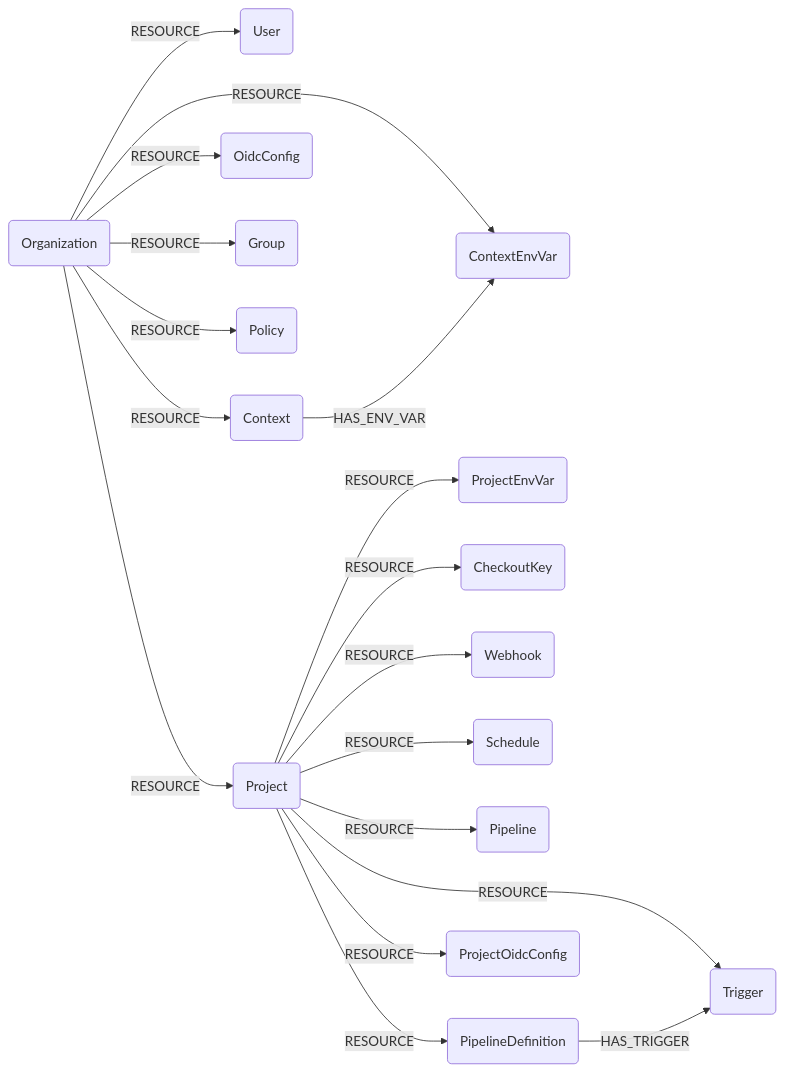
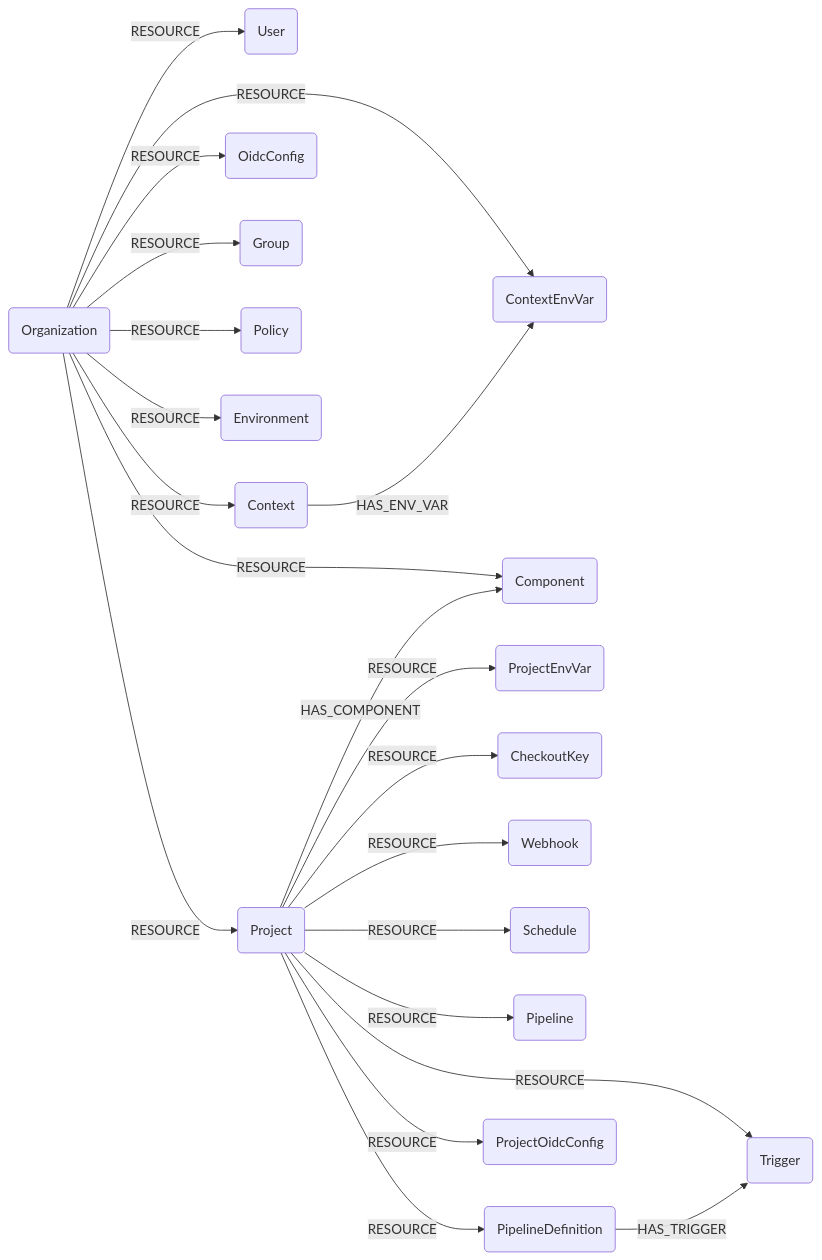
Before and after one commit to cartography-cncf/cartography: the diagram in docs/root/modules/circleci/schema.md, drawn with Mermaid. The commit also changed other lines of this file and 7 other files, not shown here.

````diff
--- a/docs/root/modules/circleci/schema.md
+++ b/docs/root/modules/circleci/schema.md
@@ -3,20 +3,23 @@
 ```mermaid
 graph LR
 O(Organization) -- RESOURCE --> U(User)
 O -- RESOURCE --> C(Context)
 O -- RESOURCE --> CEV(ContextEnvVar)
 C -- HAS_ENV_VAR --> CEV
 O -- RESOURCE --> OIDC(OidcConfig)
 O -- RESOURCE --> G(Group)
 O -- RESOURCE --> POL(Policy)
+O -- RESOURCE --> ENV(Environment)
+O -- RESOURCE --> CMP(Component)
 O -- RESOURCE --> P(Project)
+P -- HAS_COMPONENT --> CMP
 P -- RESOURCE --> PEV(ProjectEnvVar)
 P -- RESOURCE --> CK(CheckoutKey)
 P -- RESOURCE --> W(Webhook)
 P -- RESOURCE --> S(Schedule)
 P -- RESOURCE --> PL(Pipeline)
 P -- RESOURCE --> PD(PipelineDefinition)
 P -- RESOURCE --> TR(Trigger)
 P -- RESOURCE --> POIDC(ProjectOidcConfig)
 PD -- HAS_TRIGGER --> TR
 ```
````
